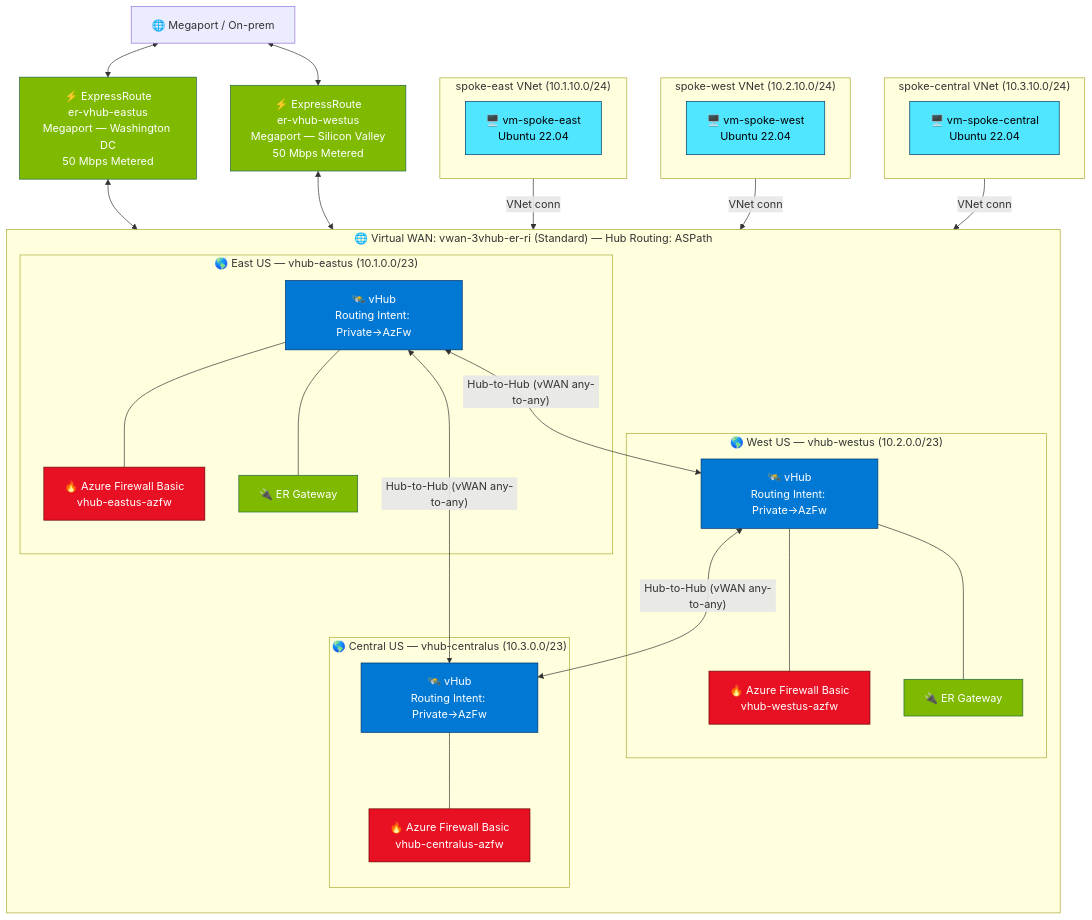
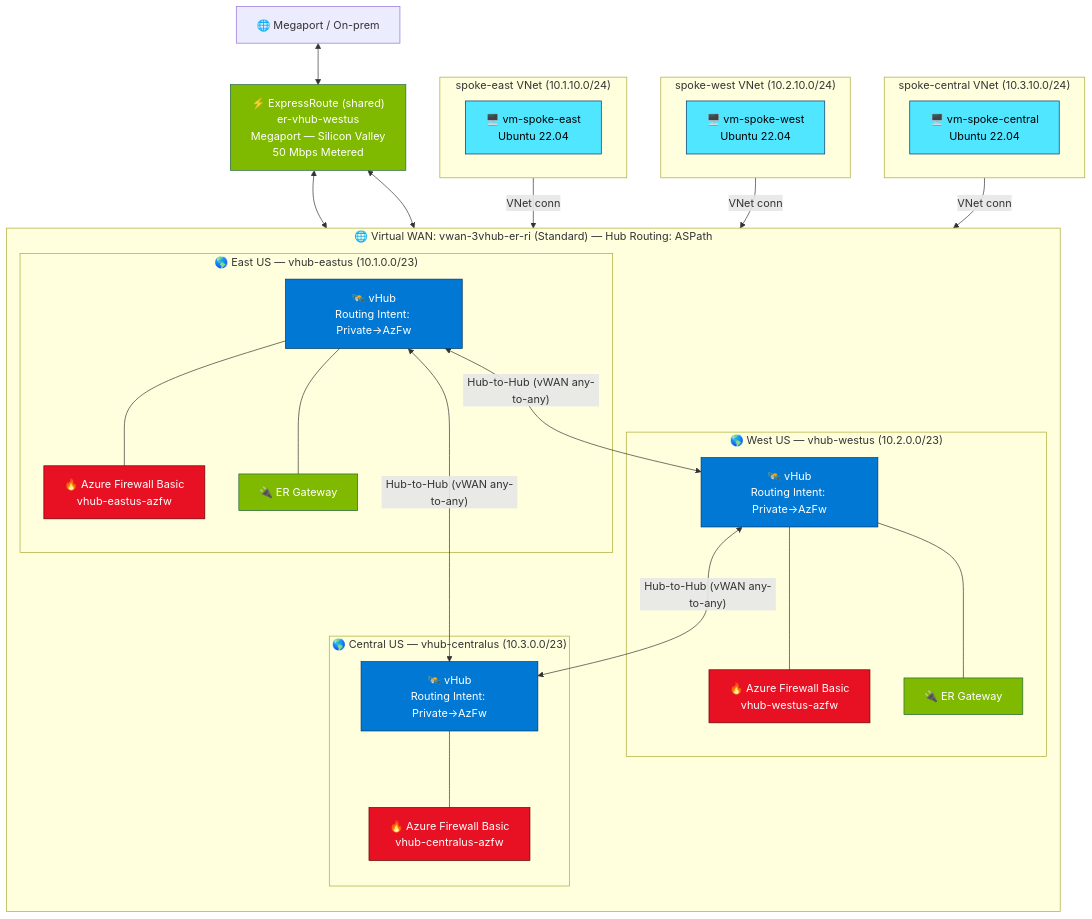
The diagram in 3vhub-er-ri/README.md (dmauser/azure-virtualwan), drawn with Mermaid before and after one commit. The commit also changed other lines of this file and 19 other files, not shown here.

First line of the commit message:
Support shared ER and dynamic GCP environments

````diff
--- a/3vhub-er-ri/README.md
+++ b/3vhub-er-ri/README.md
@@ -11,64 +11,62 @@
 ```mermaid
 flowchart TB
     subgraph VWAN["🌐 Virtual WAN: vwan-3vhub-er-ri (Standard) — Hub Routing: ASPath"]
         direction TB
 
         subgraph EAST["🌎 East US — vhub-eastus (10.1.0.0/23)"]
             EHUB["🛰️ vHub<br/>Routing Intent: Private→AzFw"]
             EFW["🔥 Azure Firewall Basic<br/>vhub-eastus-azfw"]
             EERGW["🔌 ER Gateway"]
             EHUB --- EFW
             EHUB --- EERGW
         end
 
         subgraph WEST["🌎 West US — vhub-westus (10.2.0.0/23)"]
             WHUB["🛰️ vHub<br/>Routing Intent: Private→AzFw"]
             WFW["🔥 Azure Firewall Basic<br/>vhub-westus-azfw"]
             WERGW["🔌 ER Gateway"]
             WHUB --- WFW
             WHUB --- WERGW
         end
 
         subgraph CENTRAL["🌎 Central US — vhub-centralus (10.3.0.0/23)"]
             CHUB["🛰️ vHub<br/>Routing Intent: Private→AzFw"]
             CFW["🔥 Azure Firewall Basic<br/>vhub-centralus-azfw"]
             CHUB --- CFW
         end
 
         EHUB <-- "Hub-to-Hub (vWAN any-to-any)" --> WHUB
         EHUB <-- "Hub-to-Hub (vWAN any-to-any)" --> CHUB
         WHUB <-- "Hub-to-Hub (vWAN any-to-any)" --> CHUB
     end
 
     subgraph SPE["spoke-east VNet (10.1.10.0/24)"]
         VME["🖥️ vm-spoke-east<br/>Ubuntu 22.04"]
     end
     subgraph SPW["spoke-west VNet (10.2.10.0/24)"]
         VMW["🖥️ vm-spoke-west<br/>Ubuntu 22.04"]
     end
     subgraph SPC["spoke-central VNet (10.3.10.0/24)"]
         VMC["🖥️ vm-spoke-central<br/>Ubuntu 22.04"]
     end
 
-    ERE["⚡ ExpressRoute<br/>er-vhub-eastus<br/>Megaport — Washington DC<br/>50 Mbps Metered"]
-    ERW["⚡ ExpressRoute<br/>er-vhub-westus<br/>Megaport — Silicon Valley<br/>50 Mbps Metered"]
+    ERW["⚡ ExpressRoute (shared)<br/>er-vhub-westus<br/>Megaport — Silicon Valley<br/>50 Mbps Metered"]
     MEGA["🌐 Megaport / On-prem"]
 
     SPE -- VNet conn --> EHUB
     SPW -- VNet conn --> WHUB
     SPC -- VNet conn --> CHUB
 
-    ERE <--> EERGW
+    ERW <--> EERGW
     ERW <--> WERGW
-    MEGA <--> ERE
     MEGA <--> ERW
 
     classDef hub fill:#0078D4,stroke:#003366,color:#fff
     classDef fw fill:#E81123,stroke:#600,color:#fff
     classDef er fill:#7FBA00,stroke:#264,color:#fff
     classDef vm fill:#50E6FF,stroke:#036,color:#000
     class EHUB,WHUB,CHUB hub
     class EFW,WFW,CFW fw
-    class ERE,ERW,EERGW,WERGW er
+    class ERW,EERGW,WERGW er
     class VME,VMW,VMC vm
 ```
````
